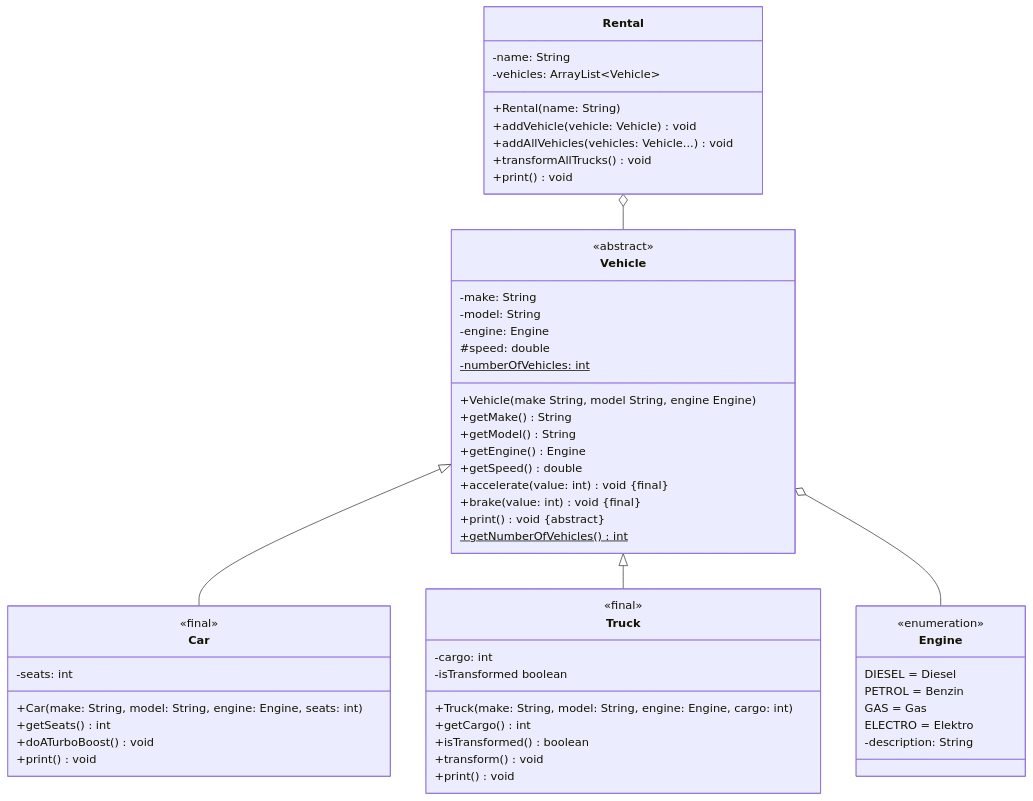
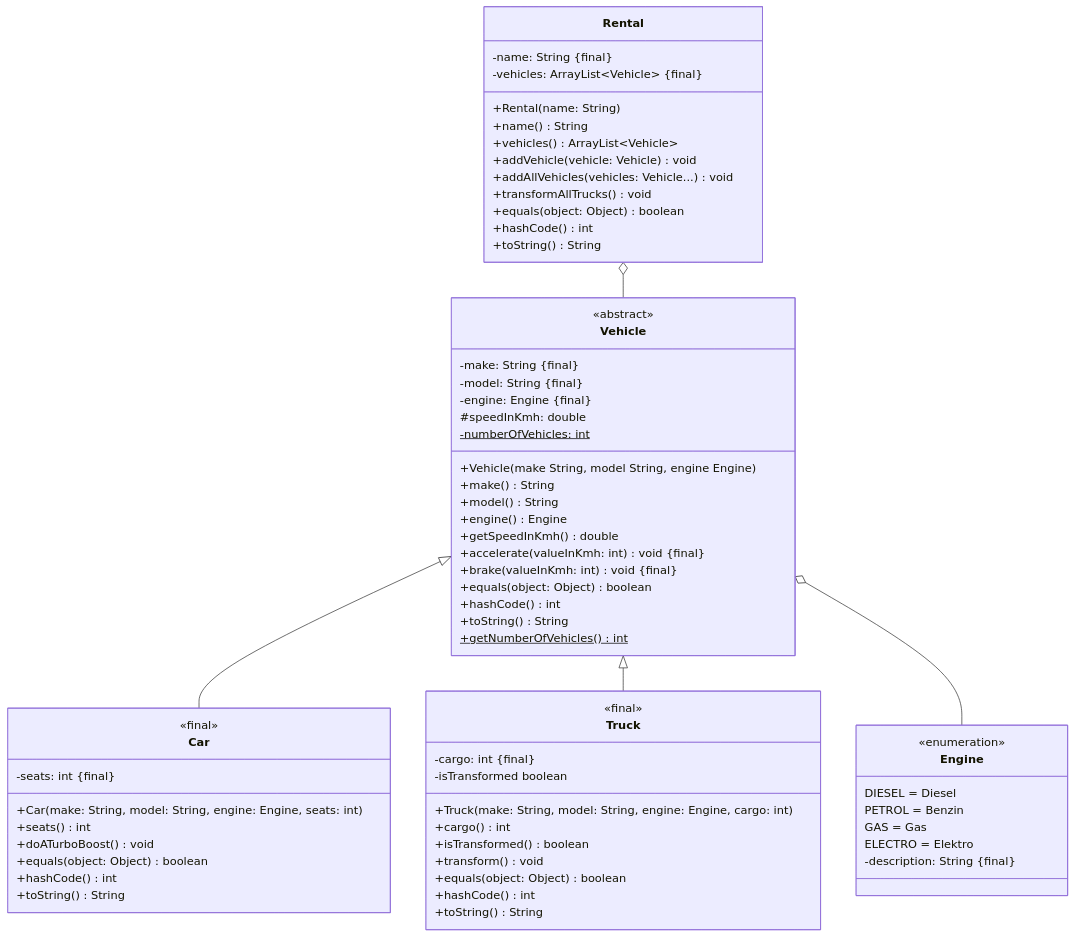
Before and after one commit to jappuccini/java-docs: the diagram in docs/exercises/abstract-and-final/abstract-and-final01.mdx, drawn with Mermaid. The commit also changed 39 other files, not shown here.

````diff
--- a/docs/exercises/abstract-and-final/abstract-and-final01.mdx
+++ b/docs/exercises/abstract-and-final/abstract-and-final01.mdx
@@ -14,64 +14,74 @@
 ```mermaid
 classDiagram
     Vehicle <|-- Car
     Vehicle <|-- Truck
     Vehicle o-- Engine
     Rental o-- Vehicle
 
     class Vehicle {
         <<abstract>>
-        -make: String
-        -model: String
-        -engine: Engine
-        #speed: double
+        -make: String &#123final&#125
+        -model: String &#123final&#125
+        -engine: Engine &#123final&#125
+        #speedInKmh: double
         -numberOfVehicles: int$
         +Vehicle(make String, model String, engine Engine)
-        +getMake() String
-        +getModel() String
-        +getEngine() Engine
-        +getSpeed() double
-        +accelerate(value: int) void &#123final&#125
-        +brake(value: int) void &#123final&#125
-        +print() void &#123abstract&#125
+        +make() String
+        +model() String
+        +engine() Engine
+        +getSpeedInKmh() double
+        +accelerate(valueInKmh: int) void &#123final&#125
+        +brake(valueInKmh: int) void &#123final&#125
+        +equals(object: Object) boolean
+        +hashCode() int
+        +toString() String
         +getNumberOfVehicles()$ int
     }
 
     class Engine {
         <<enumeration>>
         DIESEL = Diesel
         PETROL = Benzin
         GAS = Gas
         ELECTRO = Elektro
-        -description: String
+        -description: String &#123final&#125
     }
 
     class Car {
         <<final>>
-        -seats: int
+        -seats: int &#123final&#125
         +Car(make: String, model: String, engine: Engine, seats: int)
-        +getSeats() int
+        +seats() int
         +doATurboBoost() void
-        +print() void
+        +equals(object: Object) boolean
+        +hashCode() int
+        +toString() String
     }
 
     class Truck {
         <<final>>
-        -cargo: int
+        -cargo: int &#123final&#125
         -isTransformed boolean
         +Truck(make: String, model: String, engine: Engine, cargo: int)
-        +getCargo() int
+        +cargo() int
         +isTransformed() boolean
         +transform() void
-        +print() void
+        +equals(object: Object) boolean
+        +hashCode() int
+        +toString() String
     }
 
     class Rental {
-        -name: String
-        -vehicles: ArrayList~Vehicle~
+        -name: String &#123final&#125
+        -vehicles: ArrayList~Vehicle~ &#123final&#125
         +Rental(name: String)
+        +name() String
+        +vehicles() ArrayList~Vehicle~
         +addVehicle(vehicle: Vehicle) void
         +addAllVehicles(vehicles: Vehicle...) void
         +transformAllTrucks() void
-        +print() void
+        +equals(object: Object) boolean
+        +hashCode() int
+        +toString() String
     }
 ```
````
